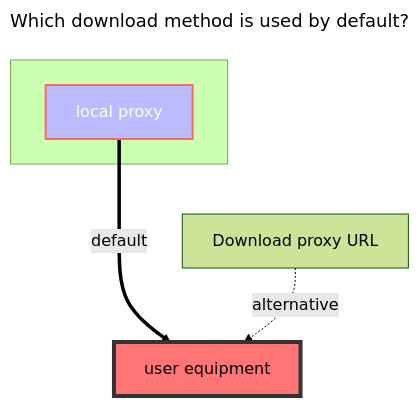
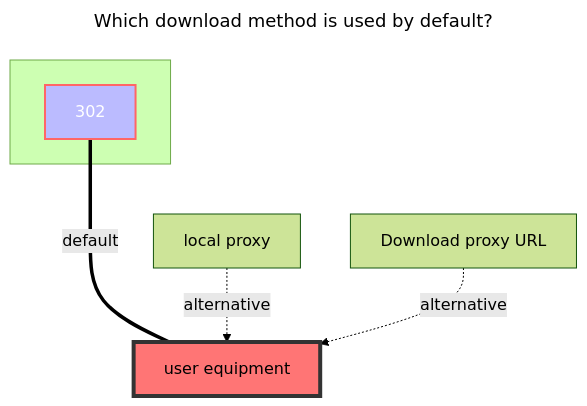
The first of 2 diagrams in pages/guide/drivers/halalcloud.md (hotlcc/OpenList-Docs), drawn with Mermaid (forest theme) before and after one commit. The commit also changed other lines of this file and 4 other files, not shown here.

````diff
--- a/pages/guide/drivers/halalcloud.md
+++ b/pages/guide/drivers/halalcloud.md
@@ -147,16 +109,18 @@
 ```mermaid
 ---
 title: Which download method is used by default?
 ---
 flowchart TB
-    style c1 fill:#bbf,stroke:#f66,stroke-width:2px,color:#fff
+    style a1 fill:#bbf,stroke:#f66,stroke-width:2px,color:#fff
     style a2 fill:#ff7575,stroke:#333,stroke-width:4px
     subgraph ide1 [ ]
-    c1
+    a1
     end
-    c1[local proxy]:::someclass==default===>a2[user equipment]
+    a1[302]:::someclass====|default|a2[user equipment]
     classDef someclass fill:#f96
+    c1[local proxy]-.alternative.->a2[user equipment]
     b1[Download proxy URL]-.alternative.->a2[user equipment]
+    click a1 "../drivers/common.html#webdav-policy"
     click b1 "../drivers/common.html#webdav-policy"
     click c1 "../drivers/common.html#webdav-policy"
 ```
````
